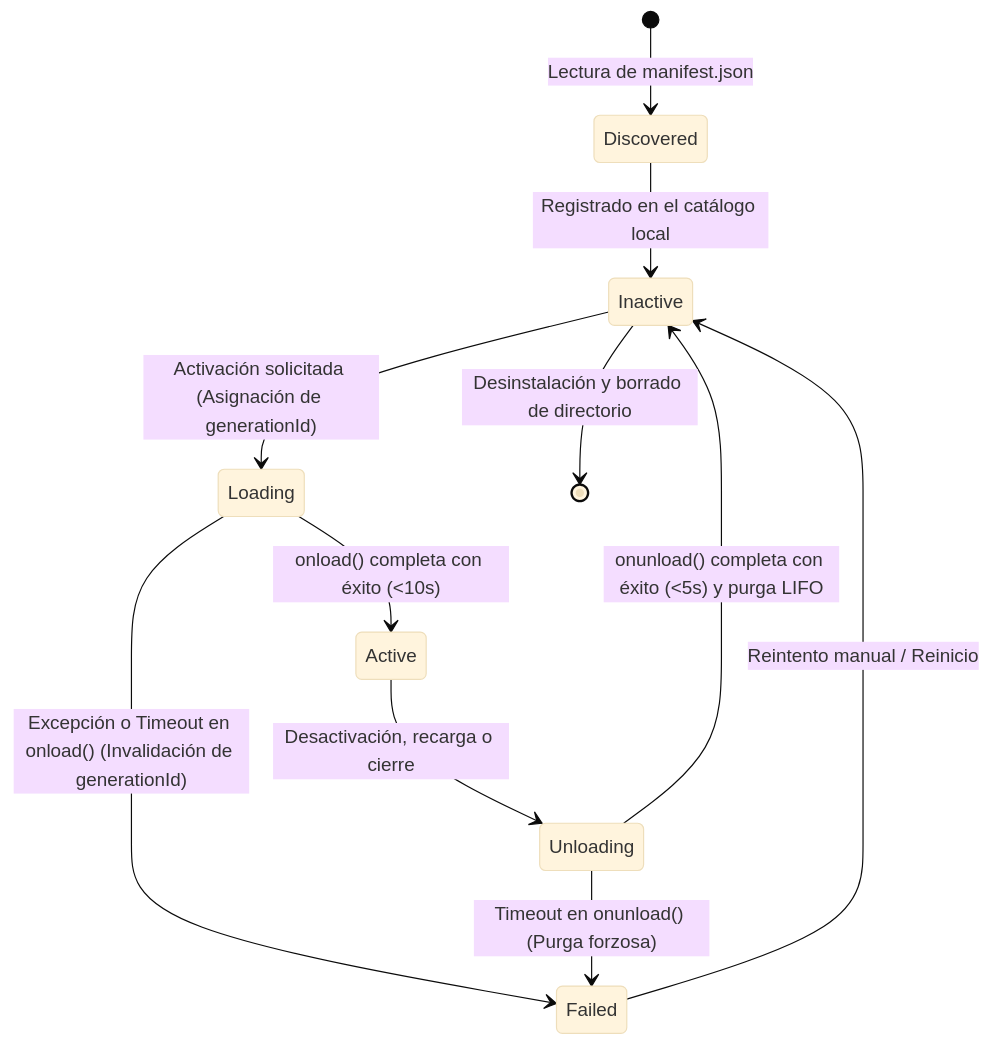
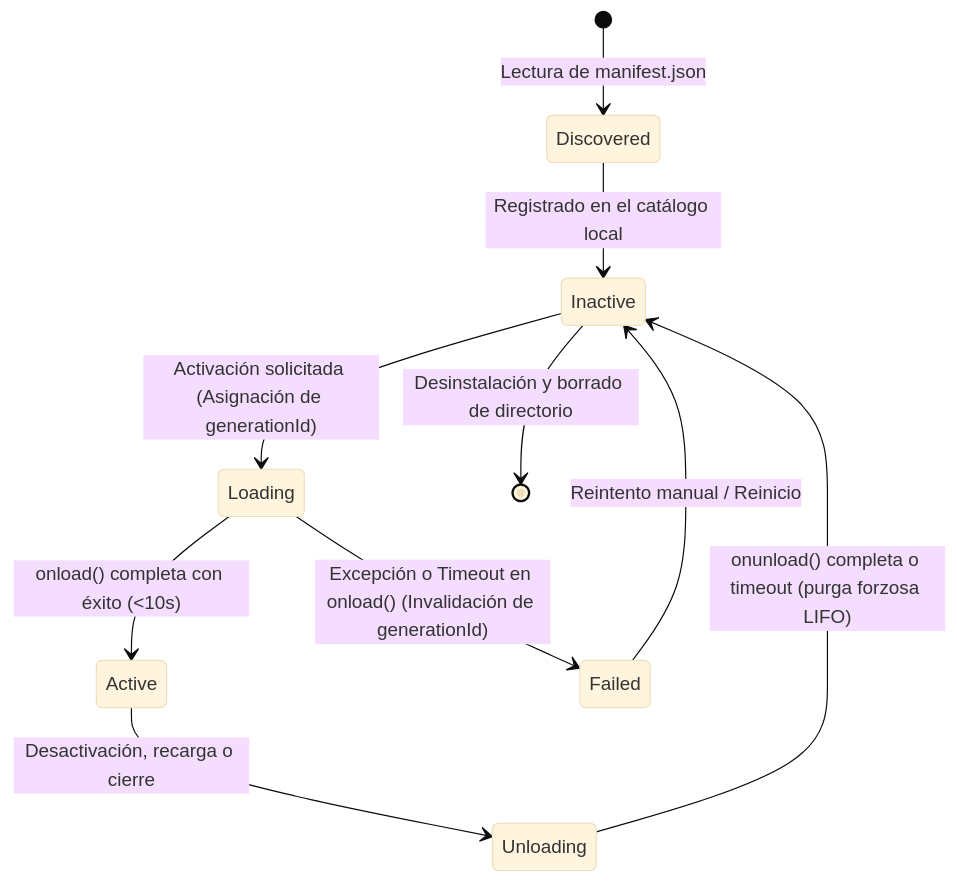
One commit to daidarzzz/indexlydesktop changed the diagram in docs/plugin-api/lifecycle.md. Above: the diagram before and after it, drawn with Mermaid (base theme). The commit also changed other lines of this file and 135 other files, not shown here.

````diff
--- a/docs/plugin-api/lifecycle.md
+++ b/docs/plugin-api/lifecycle.md
@@ -9,13 +9,12 @@
 ```mermaid
 stateDiagram-v2
     [*] --> Discovered: Lectura de manifest.json
     Discovered --> Inactive: Registrado en el catálogo local
     Inactive --> Loading: Activación solicitada (Asignación de generationId)
     Loading --> Active: onload() completa con éxito (<10s)
     Loading --> Failed: Excepción o Timeout en onload() (Invalidación de generationId)
     Active --> Unloading: Desactivación, recarga o cierre
-    Unloading --> Inactive: onunload() completa con éxito (<5s) y purga LIFO
-    Unloading --> Failed: Timeout en onunload() (Purga forzosa)
+    Unloading --> Inactive: onunload() completa o timeout (purga forzosa LIFO)
     Failed --> Inactive: Reintento manual / Reinicio
     Inactive --> [*]: Desinstalación y borrado de directorio
 ```
````
